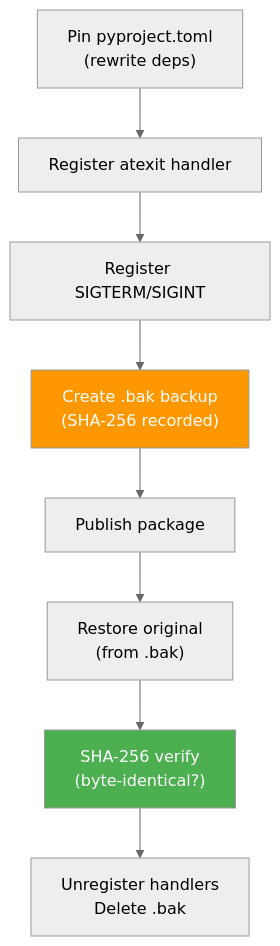
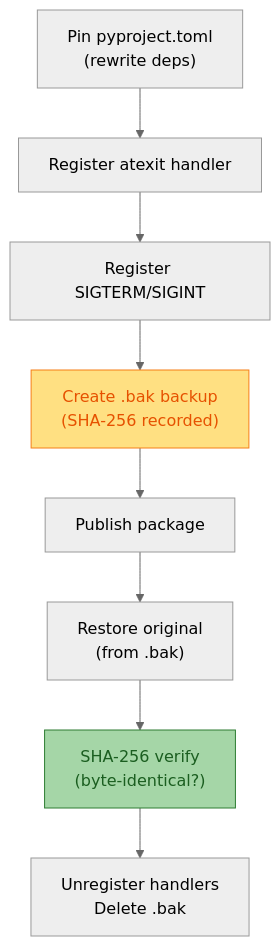
Before and after one commit to genkit-ai/genkit-python: the fourth of 4 diagrams in tools/releasekit/docs/docs/internals/async-concurrency.md, drawn with Mermaid (neutral theme). The commit also changed other lines of this file and 208 other files, not shown here.

````diff
--- a/tools/releasekit/docs/docs/internals/async-concurrency.md
+++ b/tools/releasekit/docs/docs/internals/async-concurrency.md
@@ -282,17 +282,17 @@
 ```mermaid
 graph TD
     PIN["Pin pyproject.toml<br/>(rewrite deps)"]
     ATEXIT["Register atexit handler"]
     SIGNAL["Register SIGTERM/SIGINT"]
     BACKUP["Create .bak backup<br/>(SHA-256 recorded)"]
     PUBLISH["Publish package"]
     RESTORE["Restore original<br/>(from .bak)"]
     VERIFY["SHA-256 verify<br/>(byte-identical?)"]
     CLEANUP["Unregister handlers<br/>Delete .bak"]
 
     PIN --> ATEXIT --> SIGNAL --> BACKUP
     BACKUP --> PUBLISH --> RESTORE --> VERIFY --> CLEANUP
 
-    style BACKUP fill:#ff9800,color:#fff
-    style VERIFY fill:#4caf50,color:#fff
+    style BACKUP fill:#ffe082,stroke:#f57f17,color:#e65100
+    style VERIFY fill:#a5d6a7,stroke:#2e7d32,color:#1b5e20
 ```
````
